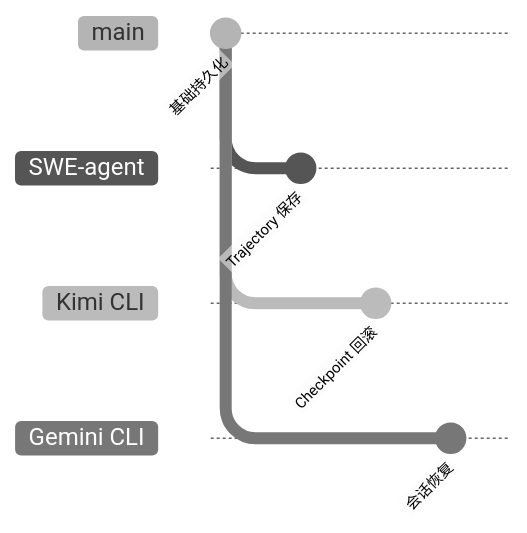
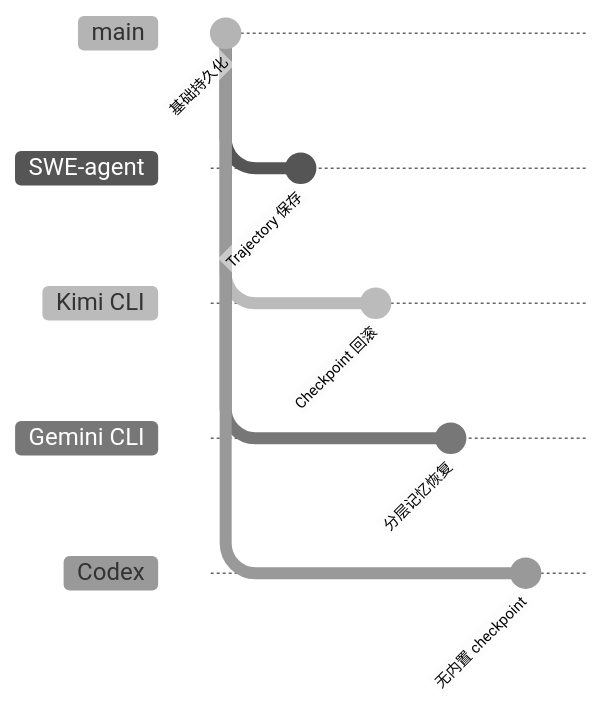
The sixth of 6 diagrams in docs/swe-agent/questions/swe-agent-revert-user-edit-conflict.md (giraffe-tree/agent-base), drawn with Mermaid (neutral theme) before and after one commit. The commit also changed other lines of this file and 155 other files, not shown here.

````diff
--- a/docs/swe-agent/questions/swe-agent-revert-user-edit-conflict.md
+++ b/docs/swe-agent/questions/swe-agent-revert-user-edit-conflict.md
@@ -268,15 +470,19 @@
 ```mermaid
 gitGraph
     commit id: "基础持久化"
     branch "SWE-agent"
     checkout "SWE-agent"
     commit id: "Trajectory 保存"
     checkout main
     branch "Kimi CLI"
     checkout "Kimi CLI"
     commit id: "Checkpoint 回滚"
     checkout main
     branch "Gemini CLI"
     checkout "Gemini CLI"
-    commit id: "会话恢复"
+    commit id: "分层记忆恢复"
+    checkout main
+    branch "Codex"
+    checkout "Codex"
+    commit id: "无内置 checkpoint"
 ```
````
